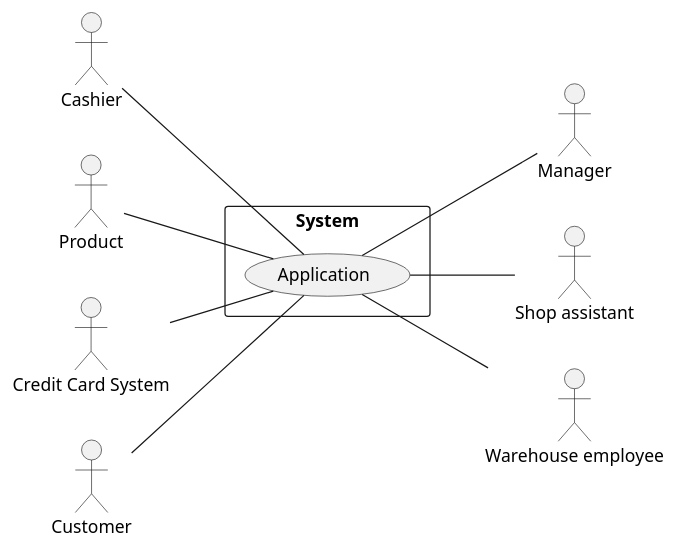
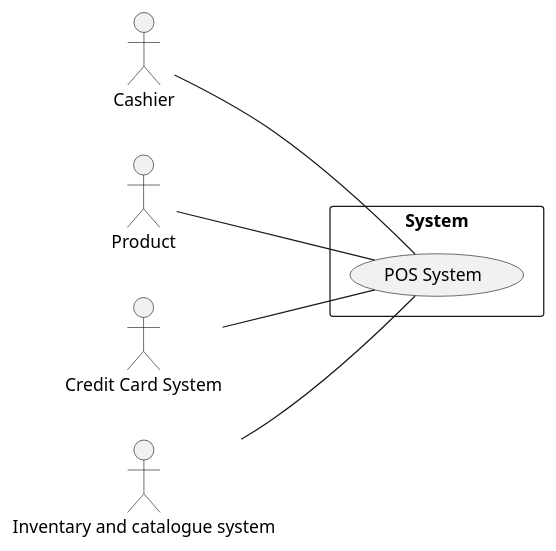
Before and after one commit to marco-ballario/EzShop: the diagram in Deliverables/RequirementsDocument.md, drawn with PlantUML. The commit also changed other lines of this file, not shown here.

````diff
--- a/Deliverables/RequirementsDocument.md
+++ b/Deliverables/RequirementsDocument.md
@@ -61,20 +61,14 @@
 ```plantuml
 left to right direction
 actor "Cashier" as C
 actor "Product" as P
 actor "Credit Card System" as CCS
-actor "Manager" as M
-actor "Shop assistant" as SA
-actor "Warehouse employee" as WE
-actor "Customer" as CU
+actor "Inventary and catalogue system" as IACS
 rectangle System{
-	(Application) as SW
-	C -- SW
-	P -- SW
-	CCS -- SW
-	CU -- SW
-	SW -- WE
-	SW -- M
-	SW -- SA
+  usecase "POS System" as SW
 }
+C -- SW
+P -- SW
+CCS -- SW
+IACS -- SW
 ```
````
